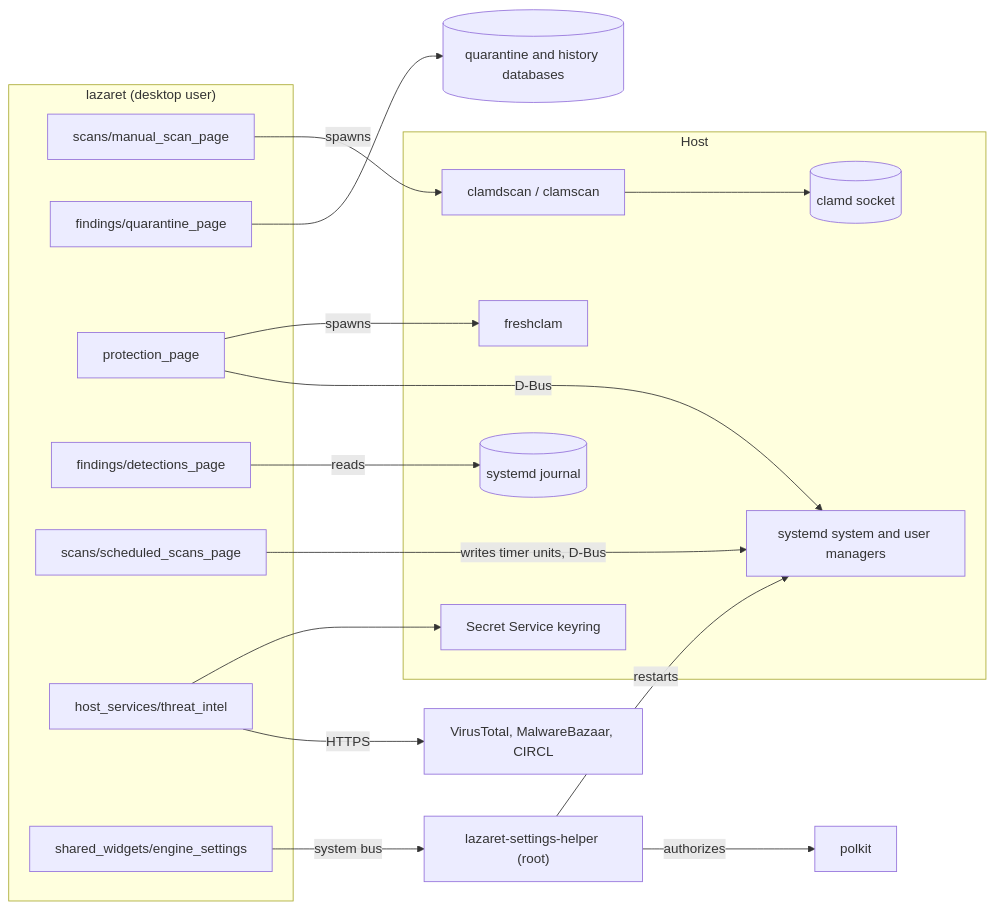
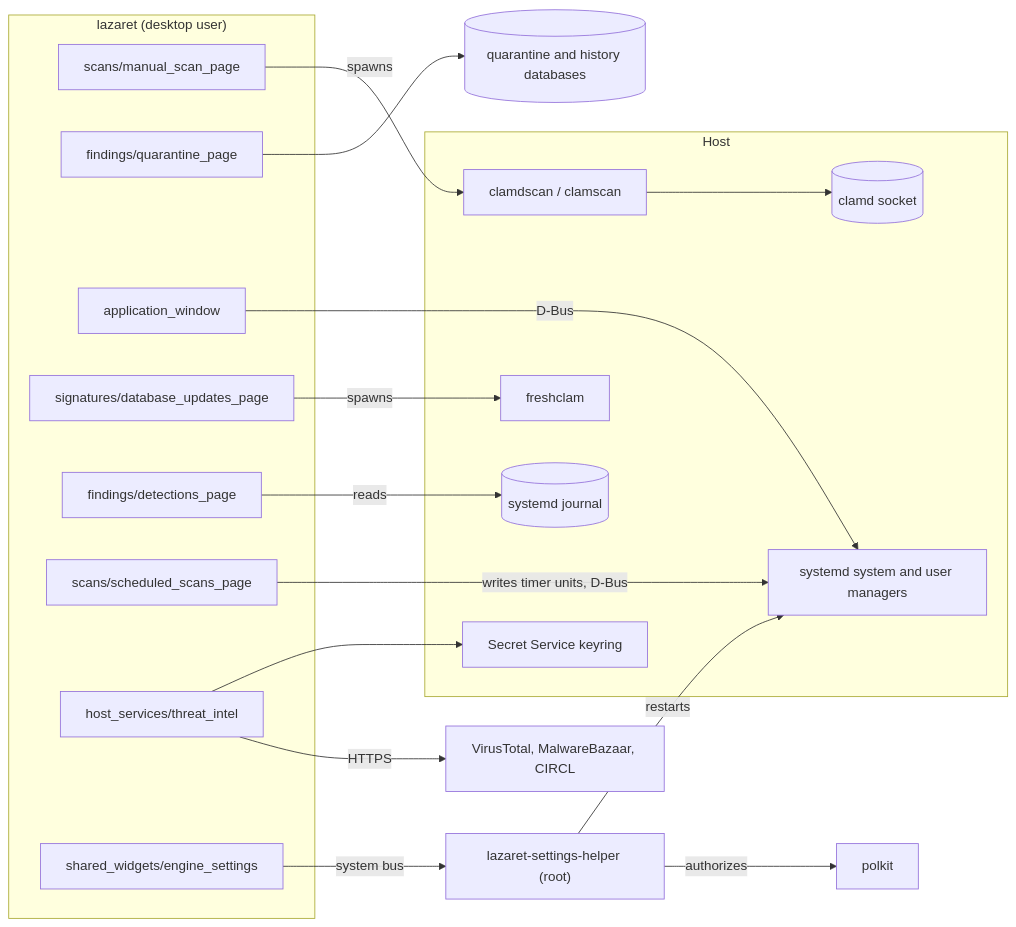
Before and after one commit to wvhulle/clamui: the first of 8 diagrams in docs/architecture.md, drawn with Mermaid. The commit also changed other lines of this file and 5 other files, not shown here.

````diff
--- a/docs/architecture.md
+++ b/docs/architecture.md
@@ -7,39 +7,40 @@
 ```mermaid
 flowchart LR
     subgraph gui["lazaret (desktop user)"]
         scan["scans/manual_scan_page"]
         quarantine["findings/quarantine_page"]
-        protection["protection_page"]
+        shell["application_window"]
+        updates["signatures/database_updates_page"]
         detections["findings/detections_page"]
         schedules["scans/scheduled_scans_page"]
         lookups["host_services/threat_intel"]
         settings["shared_widgets/engine_settings"]
     end
 
     subgraph host["Host"]
         clamdscan["clamdscan / clamscan"]
         freshclam["freshclam"]
         clamd[("clamd socket")]
         systemd["systemd system and user managers"]
         journal[("systemd journal")]
         keyring["Secret Service keyring"]
     end
 
     helper["lazaret-settings-helper (root)"]
     polkit["polkit"]
     internet["VirusTotal, MalwareBazaar, CIRCL"]
     database[("quarantine and history databases")]
 
     scan -->|spawns| clamdscan
     clamdscan --> clamd
-    protection -->|D-Bus| systemd
-    protection -->|spawns| freshclam
+    shell -->|D-Bus| systemd
+    updates -->|spawns| freshclam
     detections -->|reads| journal
     schedules -->|writes timer units, D-Bus| systemd
     quarantine --> database
     lookups -->|HTTPS| internet
     lookups --> keyring
     settings -->|system bus| helper
     helper -->|authorizes| polkit
     helper -->|restarts| systemd
 ```
````
